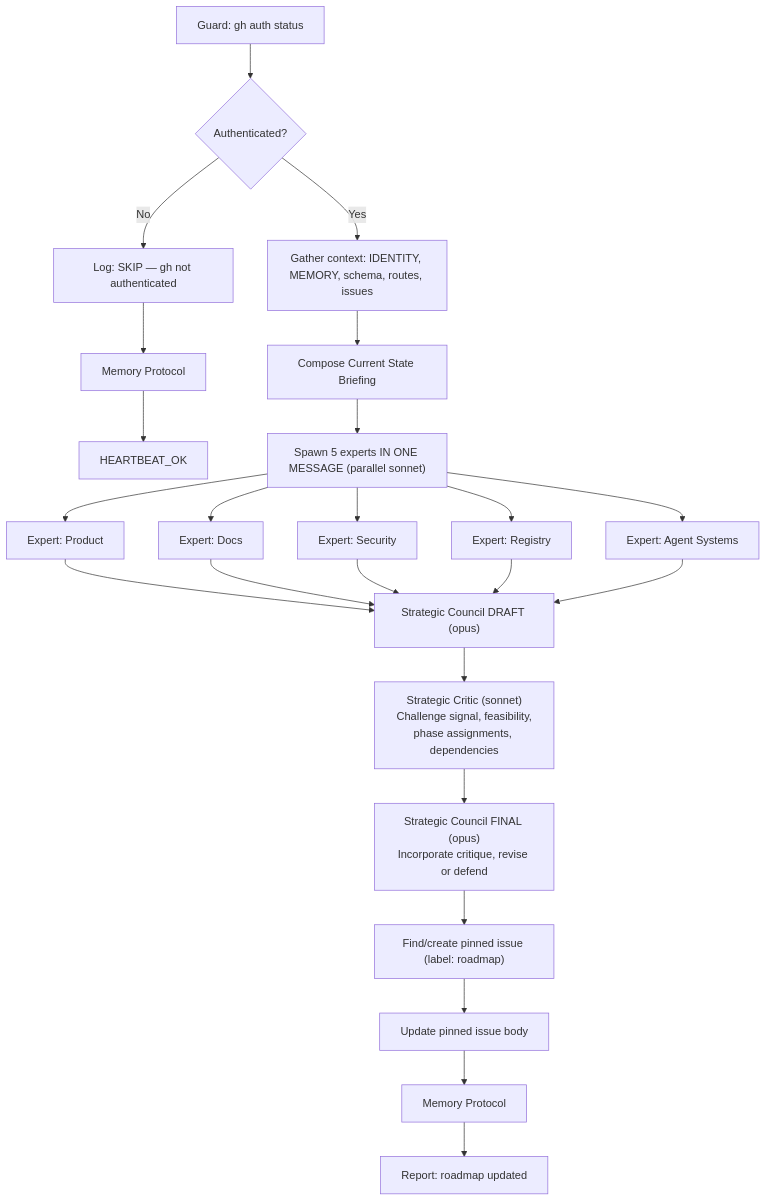
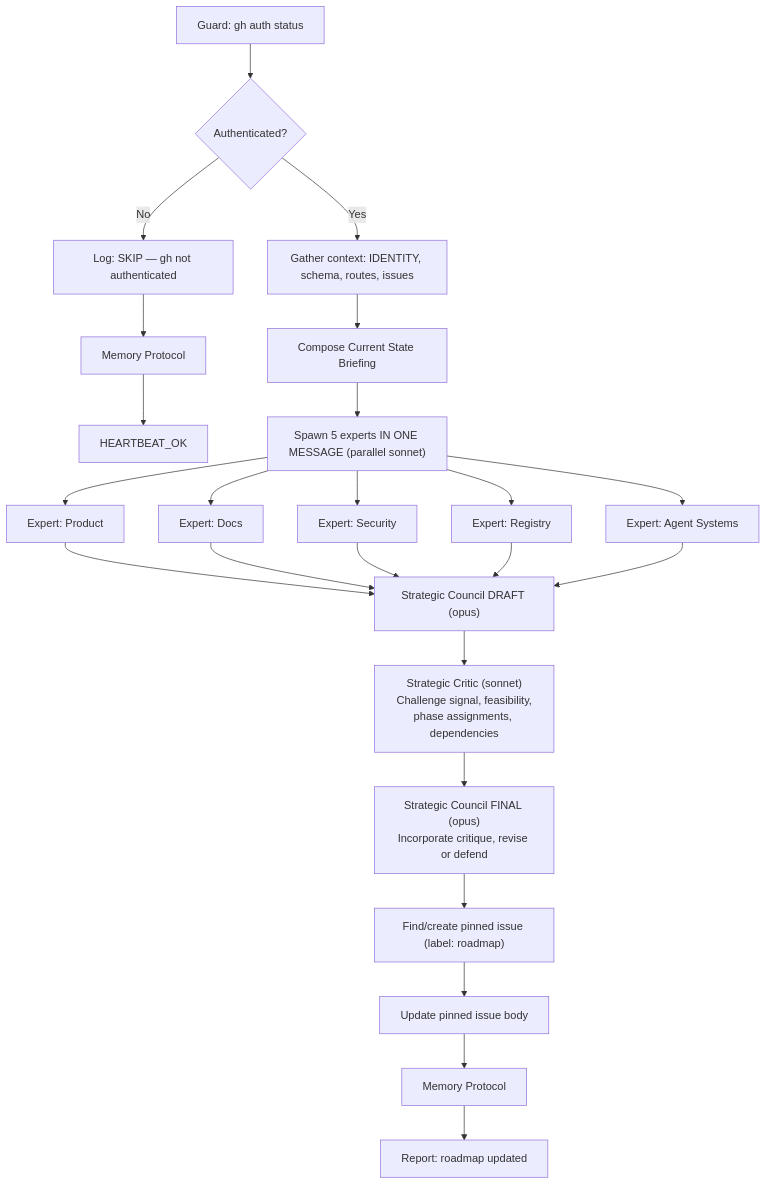
One commit to mifunedev/openharness changed the diagram in .oh/skills/strategic-proposal/SKILL.md. Above: the diagram before and after it, drawn with Mermaid. The commit also changed other lines of this file and 128 other files, not shown here.

````diff
--- a/.oh/skills/strategic-proposal/SKILL.md
+++ b/.oh/skills/strategic-proposal/SKILL.md
@@ -35,25 +35,25 @@
 ```mermaid
 flowchart TD
     A["Guard: gh auth status"] --> B{Authenticated?}
     B -->|No| SKIP["Log: SKIP — gh not authenticated"]
     SKIP --> MEM_SKIP[Memory Protocol]
     MEM_SKIP --> Z_SKIP[HEARTBEAT_OK]
 
-    B -->|Yes| C["Gather context: IDENTITY, MEMORY, schema, routes, issues"]
+    B -->|Yes| C["Gather context: IDENTITY, schema, routes, issues"]
     C --> D["Compose Current State Briefing"]
     D --> E["Spawn 5 experts IN ONE MESSAGE (parallel sonnet)"]
 
     E --> E1["Expert: Product"]
     E --> E2["Expert: Docs"]
     E --> E3["Expert: Security"]
     E --> E4["Expert: Registry"]
     E --> E5["Expert: Agent Systems"]
 
     E1 & E2 & E3 & E4 & E5 --> F["Strategic Council DRAFT (opus)"]
     F --> CRITIC["Strategic Critic (sonnet)<br>Challenge signal, feasibility,<br>phase assignments, dependencies"]
     CRITIC --> F2["Strategic Council FINAL (opus)<br>Incorporate critique, revise or defend"]
     F2 --> G["Find/create pinned issue (label: roadmap)"]
     G --> H["Update pinned issue body"]
     H --> MEM_OP[Memory Protocol]
     MEM_OP --> Z_OP["Report: roadmap updated"]
 ```
````
